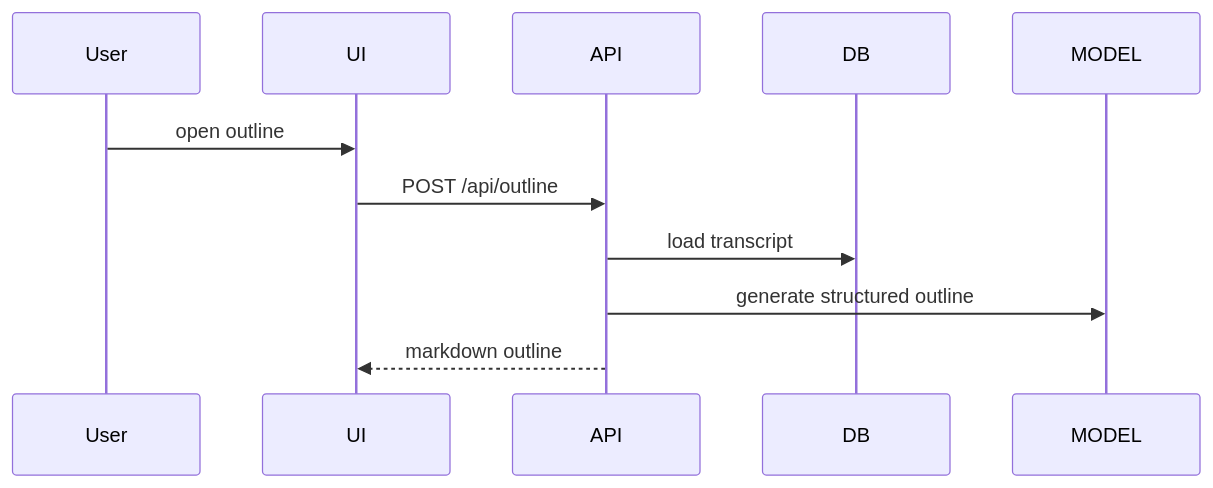
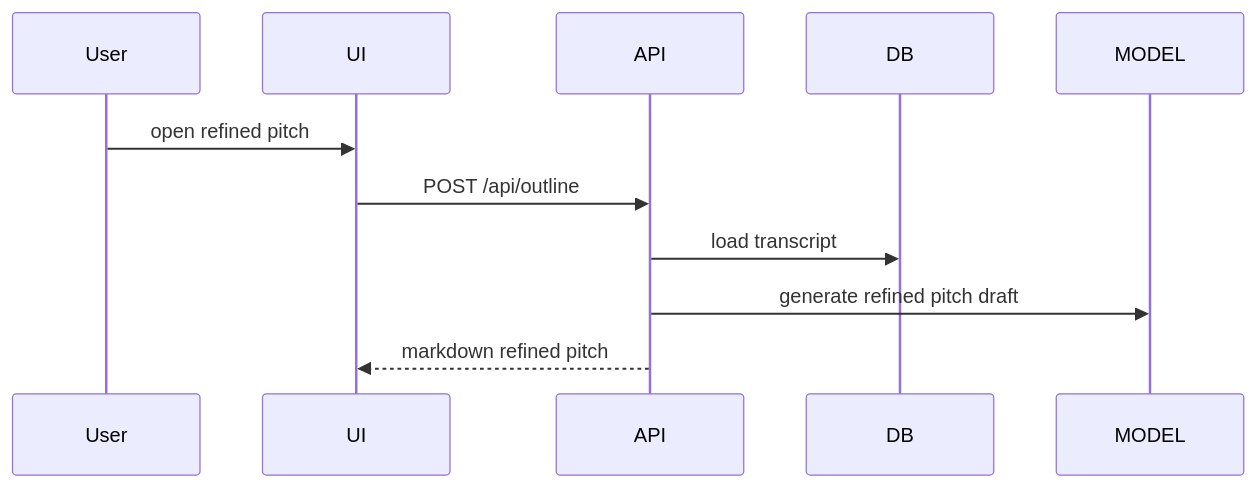
The seventh of 8 diagrams in docs/PLATFORM_OVERVIEW.md (saimihirj/Sift), drawn with Mermaid before and after one commit. The commit also changed other lines of this file and 2 other files, not shown here.

Commit message:
Refresh public docs for Signal flows

````diff
--- a/docs/PLATFORM_OVERVIEW.md
+++ b/docs/PLATFORM_OVERVIEW.md
@@ -219,14 +222,14 @@
 ```mermaid
 sequenceDiagram
     participant User
     participant UI
     participant API
     participant DB
     participant MODEL
 
-    User->>UI: open outline
+    User->>UI: open refined pitch
     UI->>API: POST /api/outline
     API->>DB: load transcript
-    API->>MODEL: generate structured outline
-    API-->>UI: markdown outline
+    API->>MODEL: generate refined pitch draft
+    API-->>UI: markdown refined pitch
 ```
````
